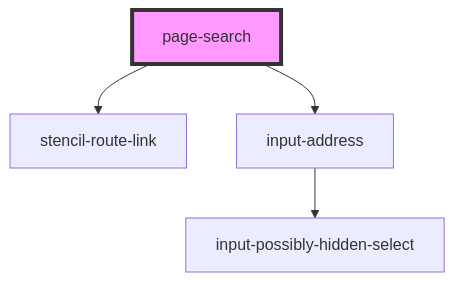
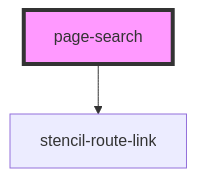
One commit to pizza-to-the-polls/power-the-polls changed the diagram in site/src/components/page-search/readme.md. Above: the diagram before and after it, drawn with Mermaid. The commit also changed other lines of this file and 9 other files, not shown here.

````diff
--- a/site/src/components/page-search/readme.md
+++ b/site/src/components/page-search/readme.md
@@ -23,7 +22,5 @@
 ```mermaid
 graph TD;
   page-search --> stencil-route-link
-  page-search --> input-address
-  input-address --> input-possibly-hidden-select
   style page-search fill:#f9f,stroke:#333,stroke-width:4px
 ```
````
